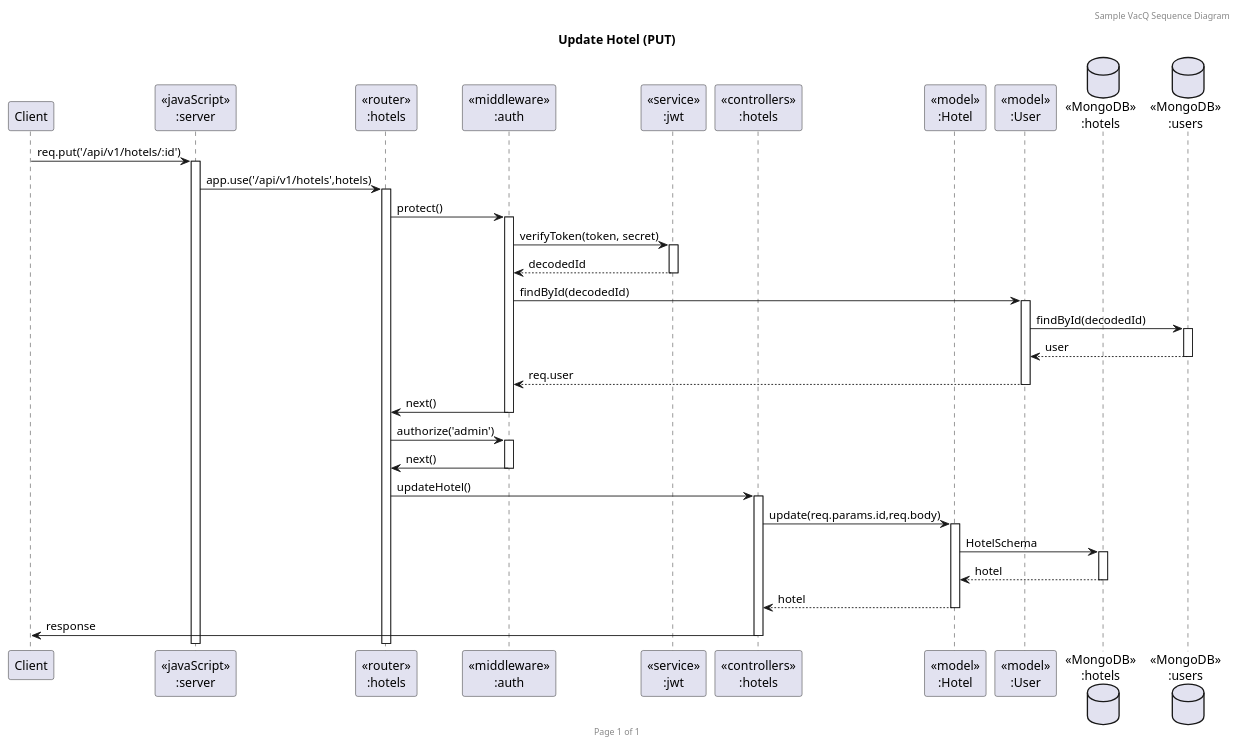
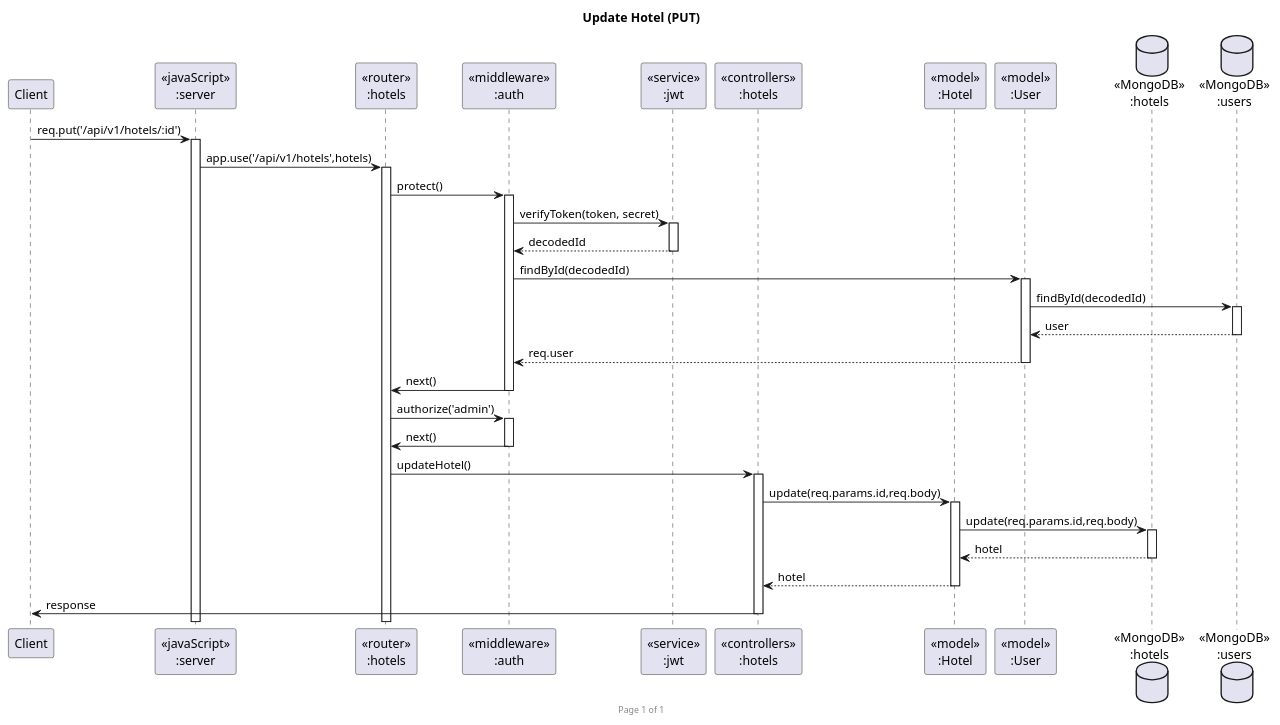
The diagram in diagram/sequence/hotels/hotelUPDATE/hotelUPDATE.puml (n0n7/SWDev_Final), drawn with PlantUML before and after one commit. The commit also changed 16 other files, not shown here.

Commit message:
update auth sequence diagram

```diff
--- a/diagram/sequence/hotels/hotelUPDATE/hotelUPDATE.puml
+++ b/diagram/sequence/hotels/hotelUPDATE/hotelUPDATE.puml
@@ -1,40 +1,39 @@
 @startuml Update Hotel (PUT)
 
-header Sample VacQ Sequence Diagram
 footer Page %page% of %lastpage%
 title "Update Hotel (PUT)"
 
 participant "Client" as client
 participant "<<javaScript>>\n:server" as server
 participant "<<router>>\n:hotels" as routerHotels
 participant "<<middleware>>\n:auth" as authMiddleware
 participant "<<service>>\n:jwt" as jwtService
 participant "<<controllers>>\n:hotels" as controllersHotels
 participant "<<model>>\n:Hotel" as modelHotel
 participant "<<model>>\n:User" as modelUser
 database "<<MongoDB>>\n:hotels" as HotelsDatabase
 database "<<MongoDB>>\n:users" as UsersDatabase
 
 client->server ++:req.put('/api/v1/hotels/:id')
 server->routerHotels ++:app.use('/api/v1/hotels',hotels)
 
 routerHotels -> authMiddleware ++:protect()
 authMiddleware -> jwtService ++:verifyToken(token, secret)
 authMiddleware <-- jwtService --: decodedId
 
 authMiddleware -> modelUser ++: findById(decodedId)
 modelUser -> UsersDatabase ++: findById(decodedId)
 modelUser <-- UsersDatabase --: user
 authMiddleware <-- modelUser --: req.user
 authMiddleware -> routerHotels --: next()
 routerHotels -> authMiddleware ++: authorize('admin')
 authMiddleware -> routerHotels --: next()
 
 routerHotels -> controllersHotels ++:updateHotel()
 controllersHotels->modelHotel ++:update(req.params.id,req.body)
-modelHotel ->HotelsDatabase ++: HotelSchema
+modelHotel ->HotelsDatabase ++: update(req.params.id,req.body)
 HotelsDatabase --> modelHotel --: hotel
 controllersHotels <-- modelHotel --:hotel
 controllersHotels->client --:response
 
 @enduml
```
